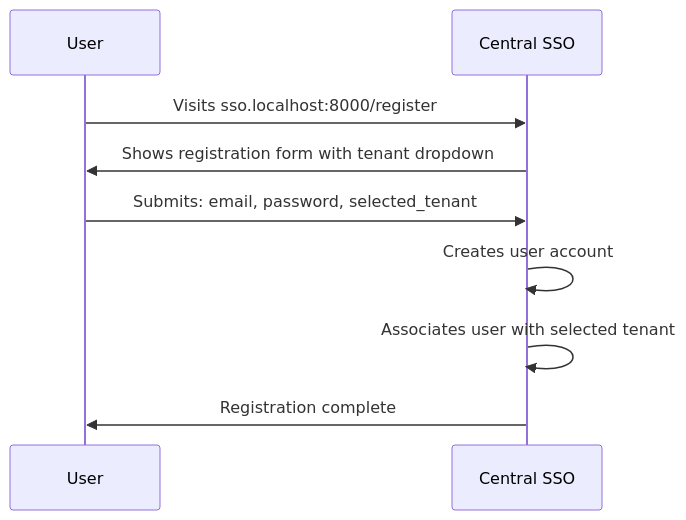
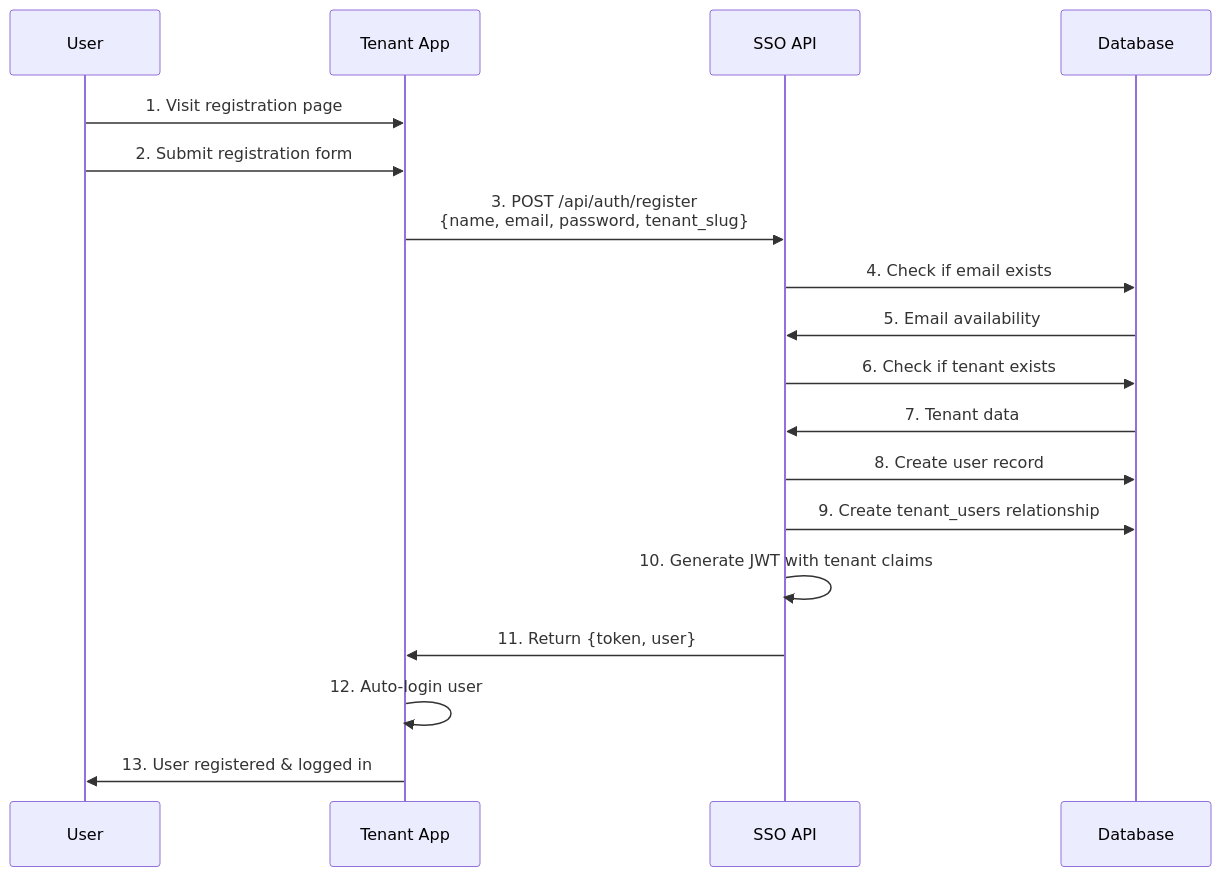
The fourth of 7 diagrams in docs/authentication-flow.md (hi-dil/SSO-POC), drawn with Mermaid before and after one commit. The commit also changed other lines of this file and 6 other files, not shown here.

Commit message:
add login with sso

````diff
--- a/docs/authentication-flow.md
+++ b/docs/authentication-flow.md
@@ -65,12 +116,21 @@
 ```mermaid
 sequenceDiagram
     participant U as User
-    participant S as Central SSO
+    participant T as Tenant App
+    participant API as SSO API
+    participant DB as Database
     
-    U->>S: Visits sso.localhost:8000/register
-    S->>U: Shows registration form with tenant dropdown
-    U->>S: Submits: email, password, selected_tenant
-    S->>S: Creates user account
-    S->>S: Associates user with selected tenant
-    S->>U: Registration complete
+    U->>T: 1. Visit registration page
+    U->>T: 2. Submit registration form
+    T->>API: 3. POST /api/auth/register<br/>{name, email, password, tenant_slug}
+    API->>DB: 4. Check if email exists
+    DB->>API: 5. Email availability
+    API->>DB: 6. Check if tenant exists
+    DB->>API: 7. Tenant data
+    API->>DB: 8. Create user record
+    API->>DB: 9. Create tenant_users relationship
+    API->>API: 10. Generate JWT with tenant claims
+    API->>T: 11. Return {token, user}
+    T->>T: 12. Auto-login user
+    T->>U: 13. User registered & logged in
 ```
````
